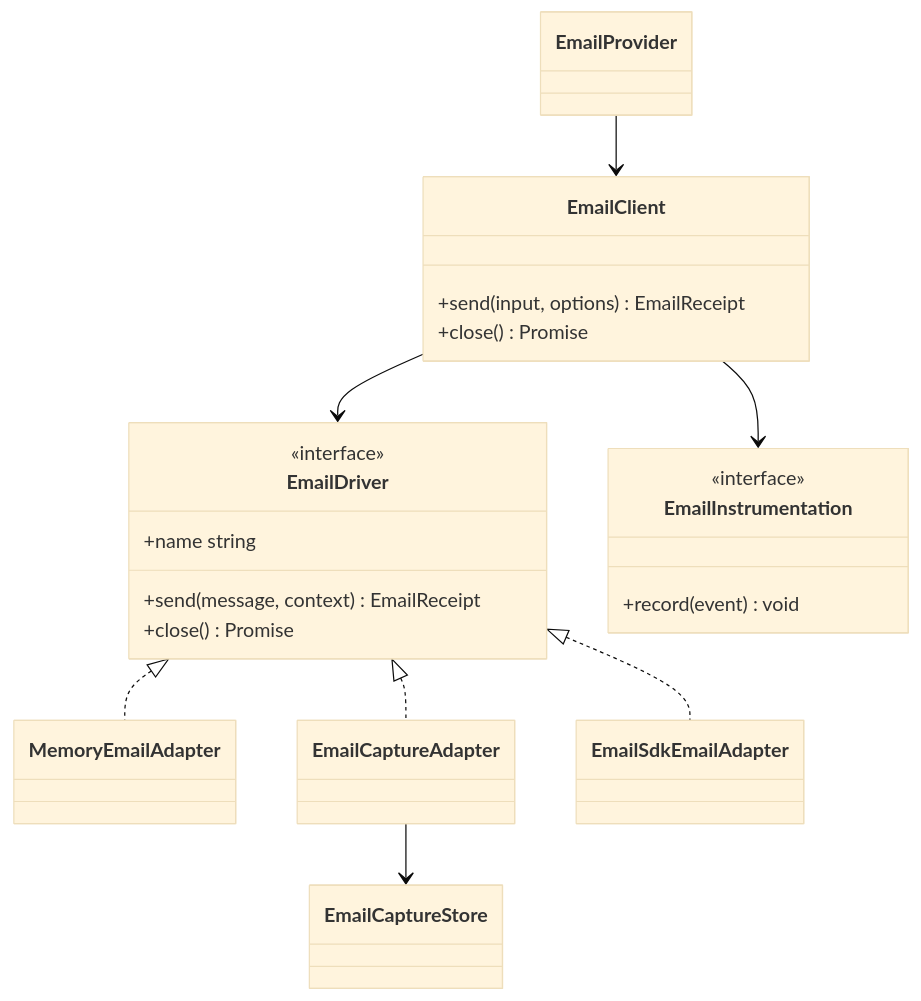
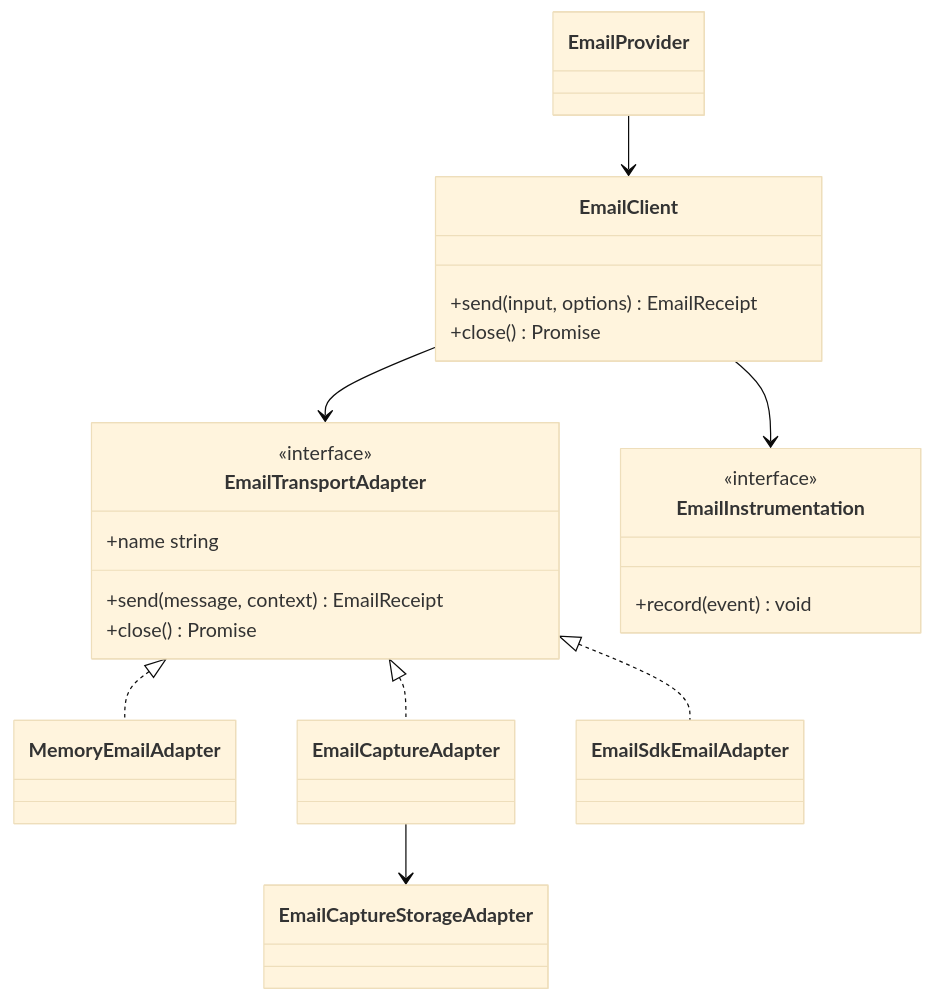
One commit to antarestupin/kestrel-framework changed the first of 4 diagrams in docs/implementation/email.md. Above: the diagram before and after it, drawn with Mermaid (base theme). The commit also changed other lines of this file and 212 other files, not shown here.

````diff
--- a/docs/implementation/email.md
+++ b/docs/implementation/email.md
@@ -13,30 +13,30 @@
 ```mermaid
 classDiagram
     class EmailClient {
         +send(input, options) EmailReceipt
         +close() Promise
     }
-    class EmailDriver {
+    class EmailTransportAdapter {
         <<interface>>
         +name string
         +send(message, context) EmailReceipt
         +close() Promise
     }
     class MemoryEmailAdapter
     class EmailCaptureAdapter
-    class EmailCaptureStore
+    class EmailCaptureStorageAdapter
     class EmailSdkEmailAdapter
     class EmailInstrumentation {
         <<interface>>
         +record(event) void
     }
     class EmailProvider
 
-    EmailClient --> EmailDriver
+    EmailClient --> EmailTransportAdapter
     EmailClient --> EmailInstrumentation
-    EmailDriver <|.. MemoryEmailAdapter
-    EmailDriver <|.. EmailCaptureAdapter
-    EmailDriver <|.. EmailSdkEmailAdapter
-    EmailCaptureAdapter --> EmailCaptureStore
+    EmailTransportAdapter <|.. MemoryEmailAdapter
+    EmailTransportAdapter <|.. EmailCaptureAdapter
+    EmailTransportAdapter <|.. EmailSdkEmailAdapter
+    EmailCaptureAdapter --> EmailCaptureStorageAdapter
     EmailProvider --> EmailClient
 ```
````
